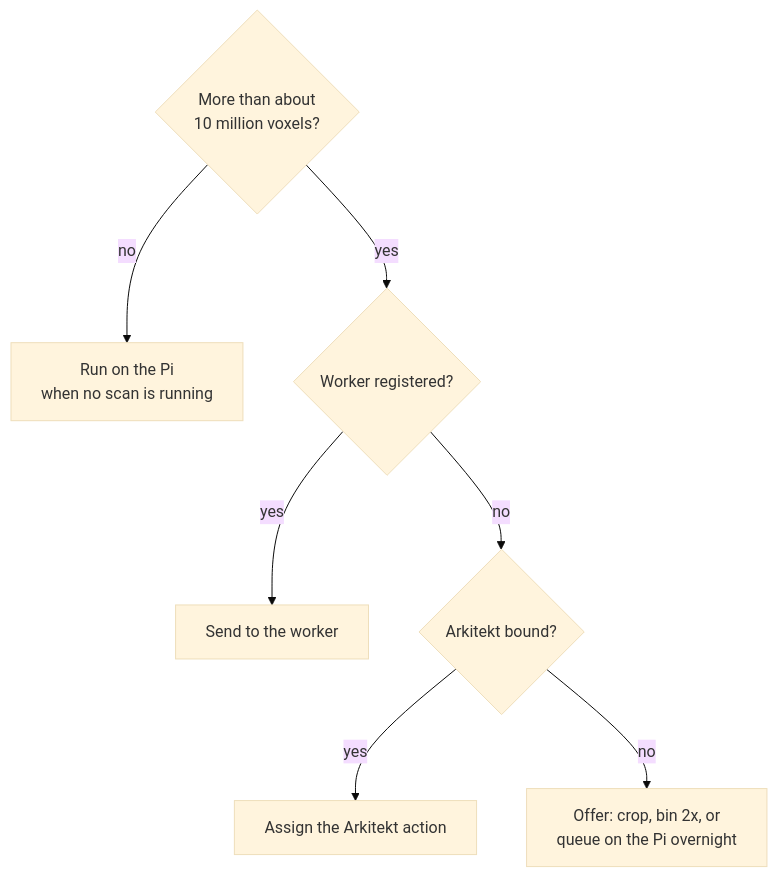
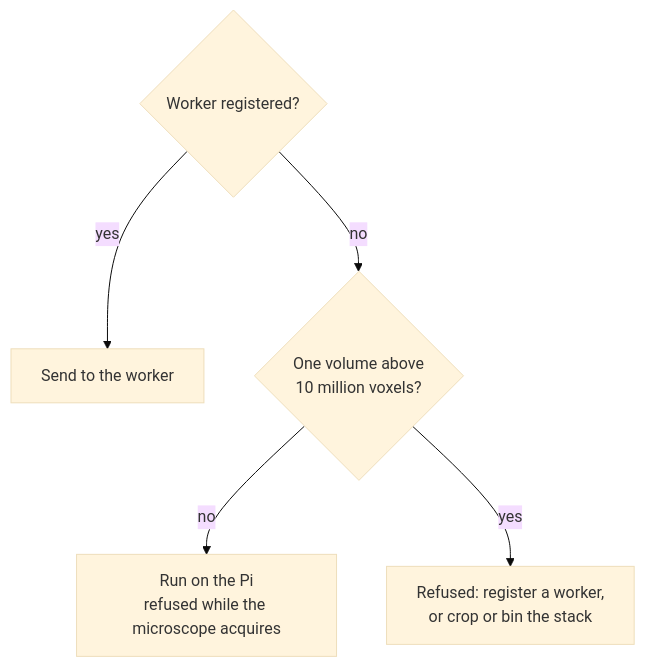
Before and after one commit to openUC2/ImSwitch: the third of 4 diagrams in docs/DECONVOLUTION.md, drawn with Mermaid (base theme). The commit also changed other lines of this file and 2 other files, not shown here.

Commit message:
Docs: deconvolution as built, Pi numbers, processing worker

````diff
--- a/docs/DECONVOLUTION.md
+++ b/docs/DECONVOLUTION.md
@@ -220,9 +223,7 @@
 ```mermaid
 flowchart TD
-    Q1{"More than about<br/>10 million voxels?"} -- no --> PI["Run on the Pi<br/>when no scan is running"]
-    Q1 -- yes --> Q2{"Worker registered?"}
-    Q2 -- yes --> W["Send to the worker"]
-    Q2 -- no --> Q3{"Arkitekt bound?"}
-    Q3 -- yes --> AKT["Assign the Arkitekt action"]
-    Q3 -- no --> T["Offer: crop, bin 2x, or<br/>queue on the Pi overnight"]
+    Q0{"Worker registered?"} -- yes --> W["Send to the worker"]
+    Q0 -- no --> Q1{"One volume above<br/>10 million voxels?"}
+    Q1 -- no --> PI["Run on the Pi<br/>refused while the microscope acquires"]
+    Q1 -- yes --> T["Refused: register a worker,<br/>or crop or bin the stack"]
 ```
````
